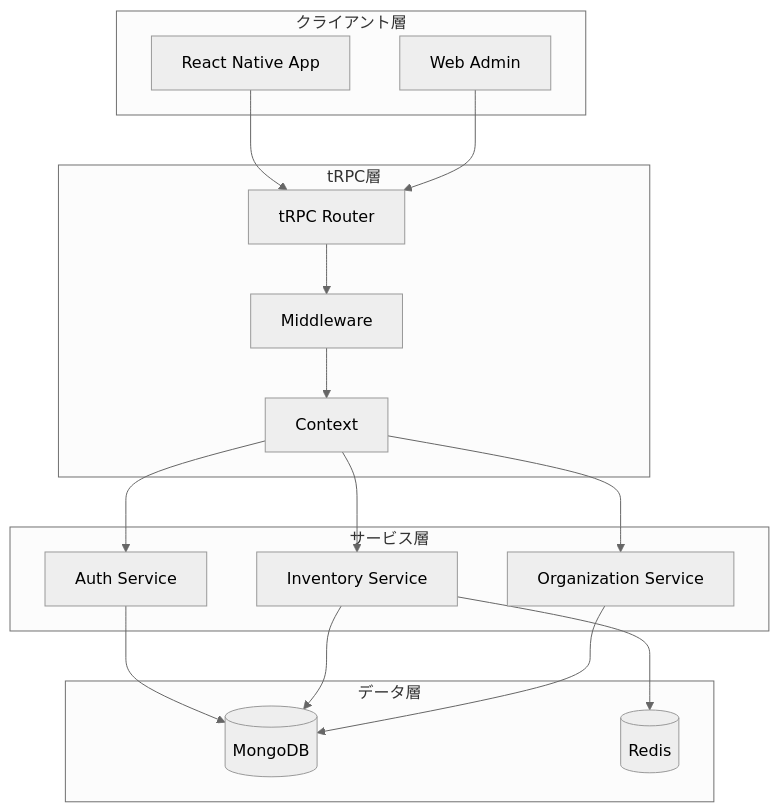
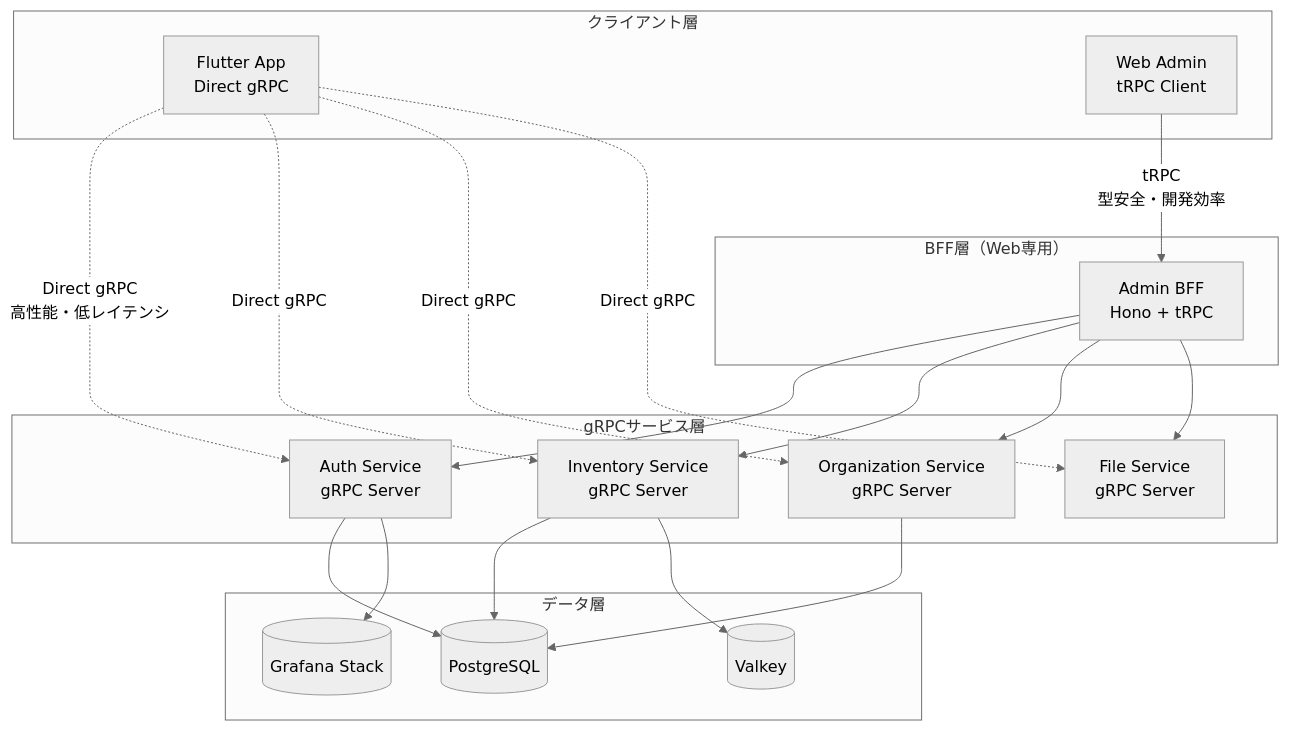
The second of 3 diagrams in .kiro/specs/inventory-management/design.md (TakashiAihara/preppin), drawn with Mermaid (neutral theme) before and after one commit. The commit also changed other lines of this file and 2 other files, not shown here.

First line of the commit message:
update CLAUDE.md to reflect Flutter-based architecture

````diff
--- a/.kiro/specs/inventory-management/design.md
+++ b/.kiro/specs/inventory-management/design.md
@@ -173,36 +189,44 @@
 ```mermaid
 graph TB
     subgraph "クライアント層"
-        RN[React Native App]
-        WEB[Web Admin]
+        FLUTTER[Flutter App<br/>Direct gRPC]
+        WEB[Web Admin<br/>tRPC Client]
     end
     
-    subgraph "tRPC層"
-        ROUTER[tRPC Router]
-        MIDDLEWARE[Middleware]
-        CONTEXT[Context]
+    subgraph "BFF層（Web専用）"
+        ADMIN_BFF[Admin BFF<br/>Hono + tRPC]
     end
     
-    subgraph "サービス層"
-        AUTH_SVC[Auth Service]
-        INV_SVC[Inventory Service]
-        ORG_SVC[Organization Service]
+    subgraph "gRPCサービス層"
+        AUTH_GRPC[Auth Service<br/>gRPC Server]
+        INV_GRPC[Inventory Service<br/>gRPC Server]
+        ORG_GRPC[Organization Service<br/>gRPC Server]
+        FILE_GRPC[File Service<br/>gRPC Server]
     end
     
     subgraph "データ層"
-        DB[(MongoDB)]
-        CACHE[(Redis)]
+        POSTGRES[(PostgreSQL)]
+        GRAFANA[(Grafana Stack)]
+        VALKEY[(Valkey)]
     end
     
-    RN --> ROUTER
-    WEB --> ROUTER
-    ROUTER --> MIDDLEWARE
-    MIDDLEWARE --> CONTEXT
-    CONTEXT --> AUTH_SVC
-    CONTEXT --> INV_SVC
-    CONTEXT --> ORG_SVC
-    AUTH_SVC --> DB
-    INV_SVC --> DB
-    ORG_SVC --> DB
-    INV_SVC --> CACHE
+    %% Flutter直接通信（高性能）
+    FLUTTER -.->|"Direct gRPC<br/>高性能・低レイテンシ"| AUTH_GRPC
+    FLUTTER -.->|"Direct gRPC"| INV_GRPC
+    FLUTTER -.->|"Direct gRPC"| ORG_GRPC
+    FLUTTER -.->|"Direct gRPC"| FILE_GRPC
+    
+    %% Web管理画面（開発効率重視）
+    WEB -->|"tRPC<br/>型安全・開発効率"| ADMIN_BFF
+    ADMIN_BFF --> AUTH_GRPC
+    ADMIN_BFF --> INV_GRPC
+    ADMIN_BFF --> ORG_GRPC
+    ADMIN_BFF --> FILE_GRPC
+    
+    %% データ層
+    AUTH_GRPC --> POSTGRES
+    INV_GRPC --> POSTGRES
+    ORG_GRPC --> POSTGRES
+    INV_GRPC --> VALKEY
+    AUTH_GRPC --> GRAFANA
 ```
````
